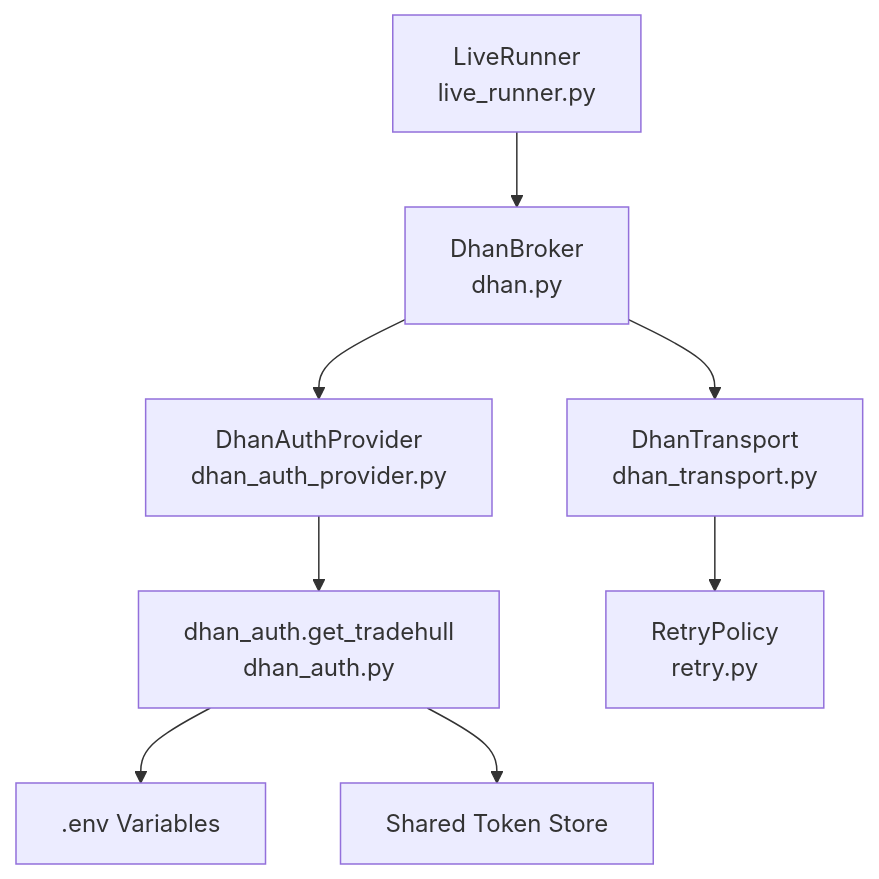
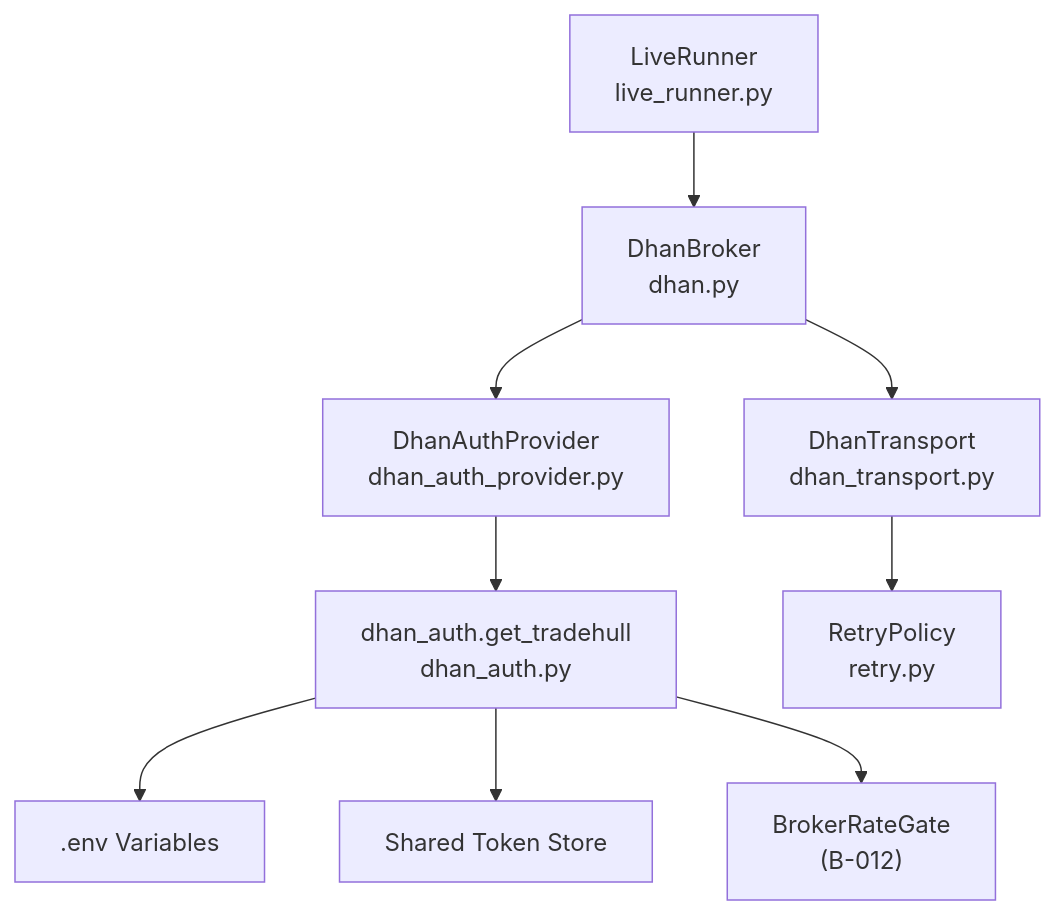
One commit to Ganesh-Kusundal/nTrade changed the ninth of 9 diagrams in .qoder/repowiki/en/content/Broker Integration/Authentication & Security.md. Above: the diagram before and after it, drawn with Mermaid. The commit also changed other lines of this file and 203 other files, not shown here.

First line of the commit message:
review findings sweep: depth retry, LTP failure guard, stale-refresh fix, rate-gate blocked heuristic

````diff
--- a/.qoder/repowiki/en/content/Broker Integration/Authentication & Security.md
+++ b/.qoder/repowiki/en/content/Broker Integration/Authentication & Security.md
@@ -571,10 +589,11 @@
 ```mermaid
 graph TB
 DhanBroker["DhanBroker<br/>dhan.py"] --> DhanAuthProvider["DhanAuthProvider<br/>dhan_auth_provider.py"]
 DhanBroker --> DhanTransport["DhanTransport<br/>dhan_transport.py"]
 DhanAuthProvider --> DhanAuth["dhan_auth.get_tradehull<br/>dhan_auth.py"]
 DhanTransport --> RetryPolicy["RetryPolicy<br/>retry.py"]
 LiveRunner["LiveRunner<br/>live_runner.py"] --> DhanBroker
 DhanAuth --> Env[".env Variables"]
 DhanAuth --> SharedStore["Shared Token Store"]
+DhanAuth --> RateGate["BrokerRateGate<br/>(B-012)"]
 ```
````
